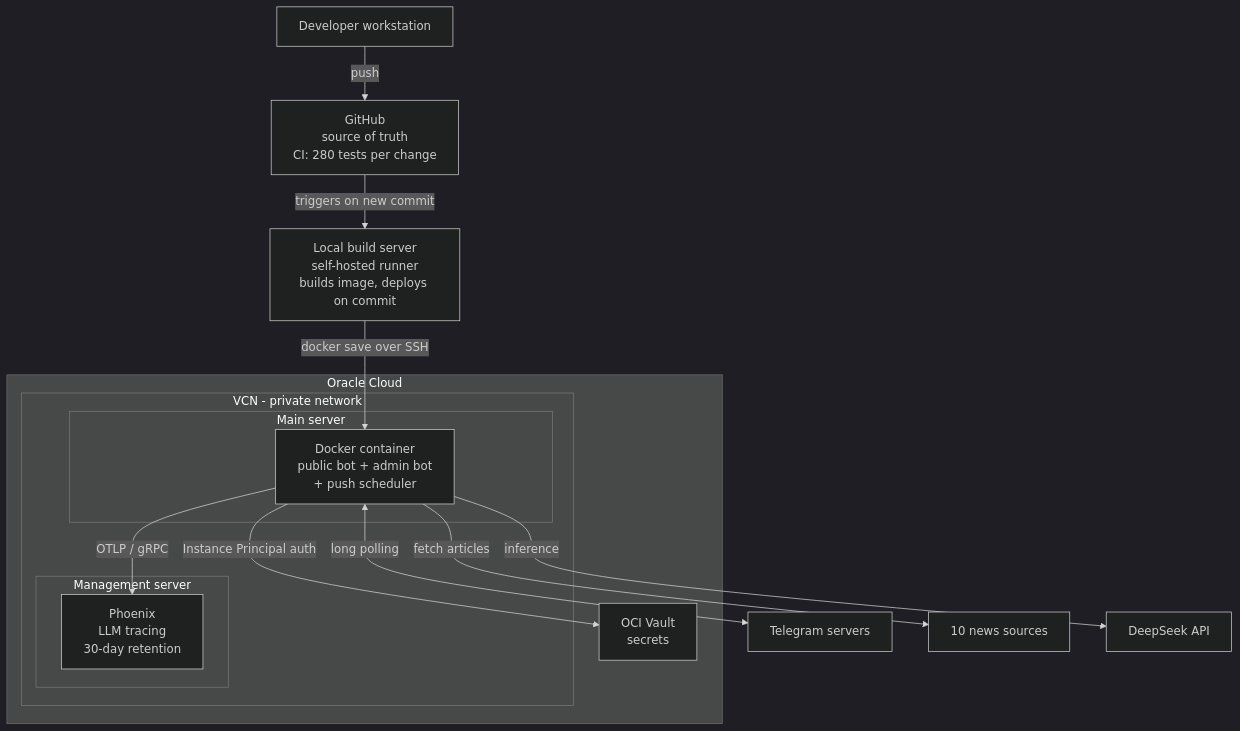
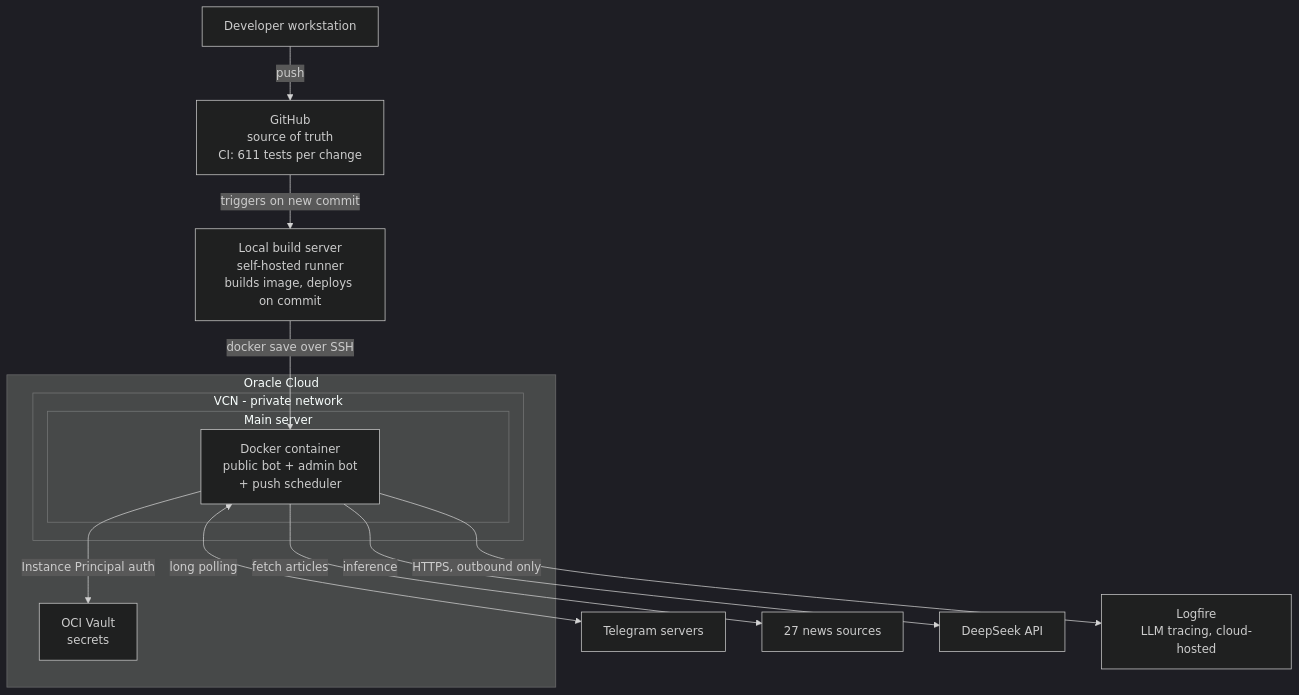
Before and after one commit to nankma/argus: the first of 6 diagrams in docs/system-overview.md, drawn with Mermaid (dark theme). The commit also changed other lines of this file and 16 other files, not shown here.

````diff
--- a/docs/system-overview.md
+++ b/docs/system-overview.md
@@ -129,30 +134,28 @@
 ```mermaid
 flowchart TB
     DEV["Developer workstation"]
-    GH["GitHub<br/>source of truth<br/>CI: 280 tests per change"]
+    GH["GitHub<br/>source of truth<br/>CI: 611 tests per change"]
     BUILD["Local build server<br/>self-hosted runner<br/>builds image, deploys on commit"]
     TG["Telegram servers"]
-    EXT["10 news sources"]
+    EXT["27 news sources"]
     LLM["DeepSeek API"]
+    LOGFIRE["Logfire<br/>LLM tracing, cloud-hosted"]
 
     subgraph OCI["Oracle Cloud"]
         V["OCI Vault<br/>secrets"]
         subgraph VCN["VCN - private network"]
             subgraph BotVM["Main server"]
                 C["Docker container<br/>public bot + admin bot<br/>+ push scheduler"]
             end
-            subgraph PhxVM["Management server"]
-                P["Phoenix<br/>LLM tracing<br/>30-day retention"]
-            end
-            C -->|OTLP / gRPC| P
         end
     end
 
     DEV -->|push| GH
     GH -->|triggers on new commit| BUILD
     BUILD -->|"docker save over SSH"| C
     C <-->|long polling| TG
     C -->|Instance Principal auth| V
     C -->|fetch articles| EXT
     C -->|inference| LLM
+    C -->|"HTTPS, outbound only"| LOGFIRE
 ```
````
